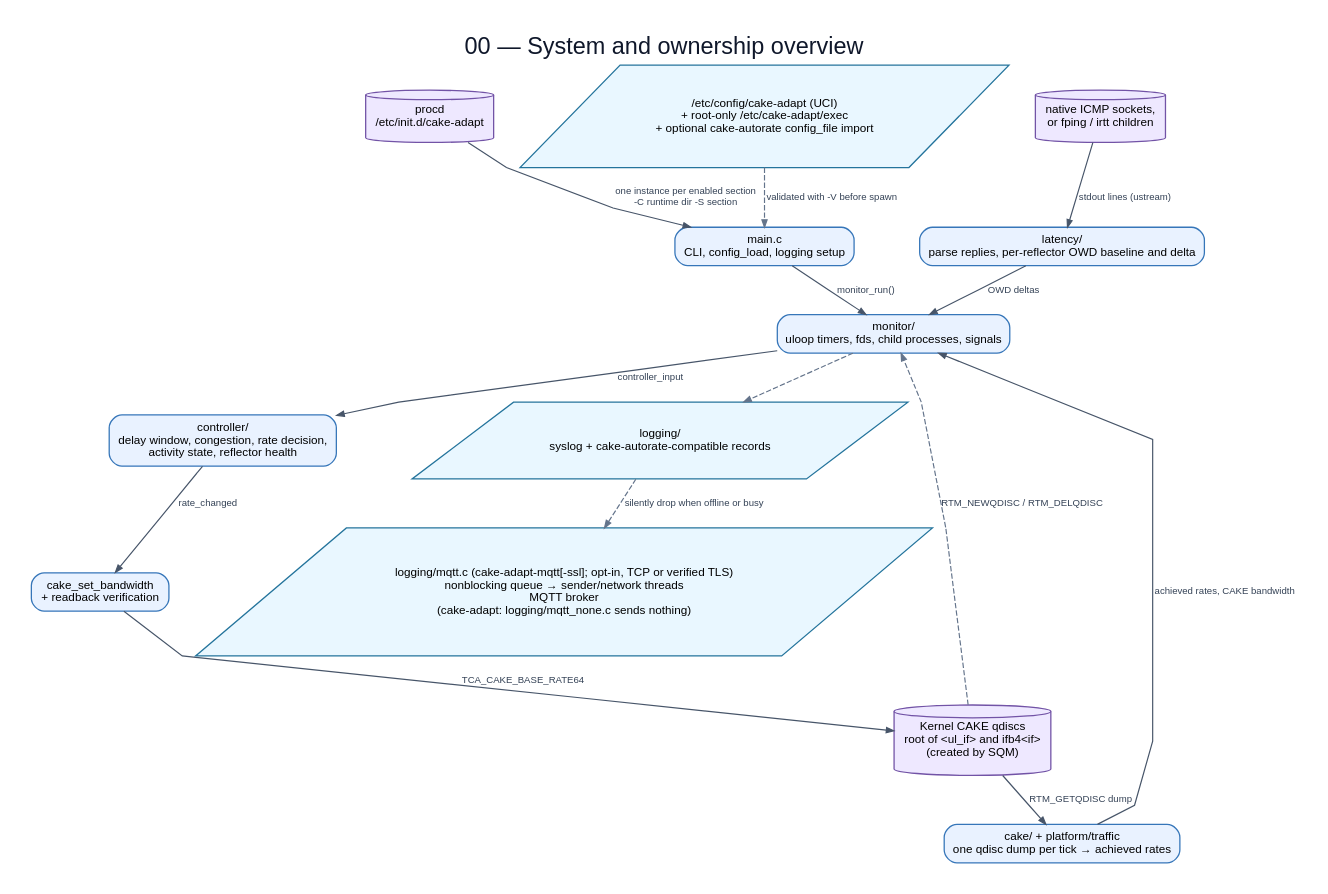
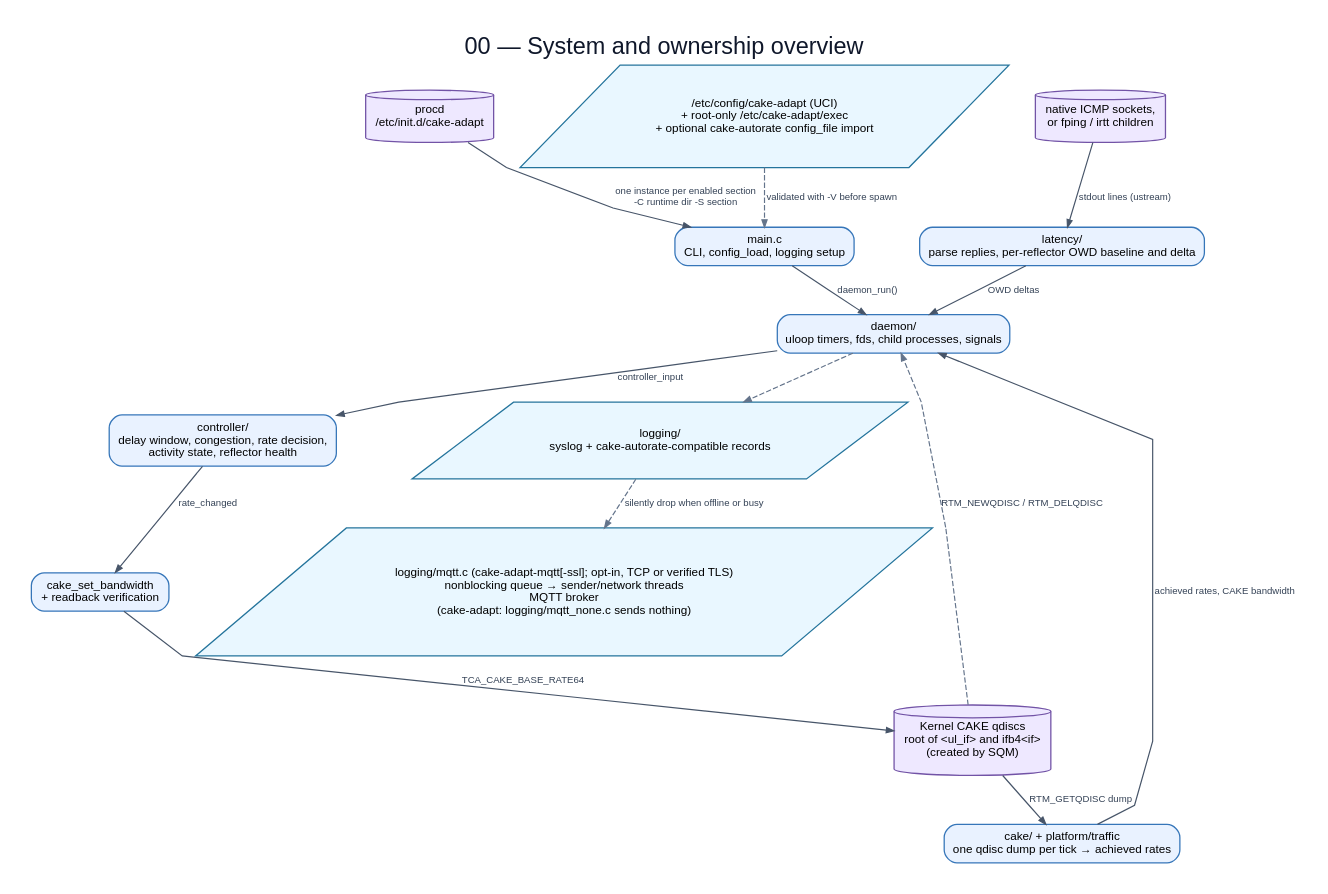
Before and after one commit to huydoan94/cake-adapt: the diagram in flowchart/diagrams/00-system-overview.dot, drawn with Graphviz. The commit also changed 186 other files, not shown here.

```diff
--- a/flowchart/diagrams/00-system-overview.dot
+++ b/flowchart/diagrams/00-system-overview.dot
@@ -1,30 +1,30 @@
 digraph G {
   graph [rankdir=TB,bgcolor="white",pad="0.30",nodesep="0.35",ranksep="0.48",splines=polyline,fontname="Arial",label="00 — System and ownership overview",labelloc=t,fontsize=22,fontcolor="#0f172a"];
   node [fontname="Arial",fontsize=11,margin="0.14,0.09",penwidth=1.2];
   edge [fontname="Arial",fontsize=9,color="#475569",fontcolor="#334155",arrowsize=0.7,penwidth=1.1];
   procd [label="procd\n/etc/init.d/cake-adapt",shape=cylinder,style="filled",fillcolor="#eee8ff",color="#7253a6"];
   uci [label="/etc/config/cake-adapt (UCI)\n+ root-only /etc/cake-adapt/exec\n+ optional cake-autorate config_file import",shape=parallelogram,style="filled",fillcolor="#e9f7ff",color="#24749c"];
   main [label="main.c\nCLI, config_load, logging setup",shape=box,style="rounded,filled",fillcolor="#e9f2ff",color="#3676b9"];
-  loop [label="monitor/\nuloop timers, fds, child processes, signals",shape=box,style="rounded,filled",fillcolor="#e9f2ff",color="#3676b9"];
+  loop [label="daemon/\nuloop timers, fds, child processes, signals",shape=box,style="rounded,filled",fillcolor="#e9f2ff",color="#3676b9"];
   pinger [label="native ICMP sockets,\nor fping / irtt children",shape=cylinder,style="filled",fillcolor="#eee8ff",color="#7253a6"];
   latency [label="latency/\nparse replies, per-reflector OWD baseline and delta",shape=box,style="rounded,filled",fillcolor="#e9f2ff",color="#3676b9"];
   observe [label="cake/ + platform/traffic\none qdisc dump per tick → achieved rates",shape=box,style="rounded,filled",fillcolor="#e9f2ff",color="#3676b9"];
   controller [label="controller/\ndelay window, congestion, rate decision,\nactivity state, reflector health",shape=box,style="rounded,filled",fillcolor="#e9f2ff",color="#3676b9"];
   apply [label="cake_set_bandwidth\n+ readback verification",shape=box,style="rounded,filled",fillcolor="#e9f2ff",color="#3676b9"];
   kernel [label="Kernel CAKE qdiscs\nroot of <ul_if> and ifb4<if>\n(created by SQM)",shape=cylinder,style="filled",fillcolor="#eee8ff",color="#7253a6"];
   log [label="logging/\nsyslog + cake-autorate-compatible records",shape=parallelogram,style="filled",fillcolor="#e9f7ff",color="#24749c"];
   mqtt [label="logging/mqtt.c (cake-adapt-mqtt[-ssl]; opt-in, TCP or verified TLS)\nnonblocking queue → sender/network threads\nMQTT broker\n(cake-adapt: logging/mqtt_none.c sends nothing)",shape=parallelogram,style="filled",fillcolor="#e9f7ff",color="#24749c"];
   procd -> main [label="one instance per enabled section\n-C runtime dir -S section"];
   uci -> main [label="validated with -V before spawn",style=dashed,color="#64748b"];
-  main -> loop [label="monitor_run()"];
+  main -> loop [label="daemon_run()"];
   pinger -> latency [label="stdout lines (ustream)"];
   latency -> loop [label="OWD deltas"];
   kernel -> observe [label="RTM_GETQDISC dump"];
   observe -> loop [label="achieved rates, CAKE bandwidth"];
   kernel -> loop [label="RTM_NEWQDISC / RTM_DELQDISC",style=dashed,color="#64748b"];
   loop -> controller [label="controller_input"];
   controller -> apply [label="rate_changed"];
   apply -> kernel [label="TCA_CAKE_BASE_RATE64"];
   loop -> log [style=dashed,color="#64748b"];
   log -> mqtt [label="silently drop when offline or busy",style=dashed,color="#64748b"];
 }
```
